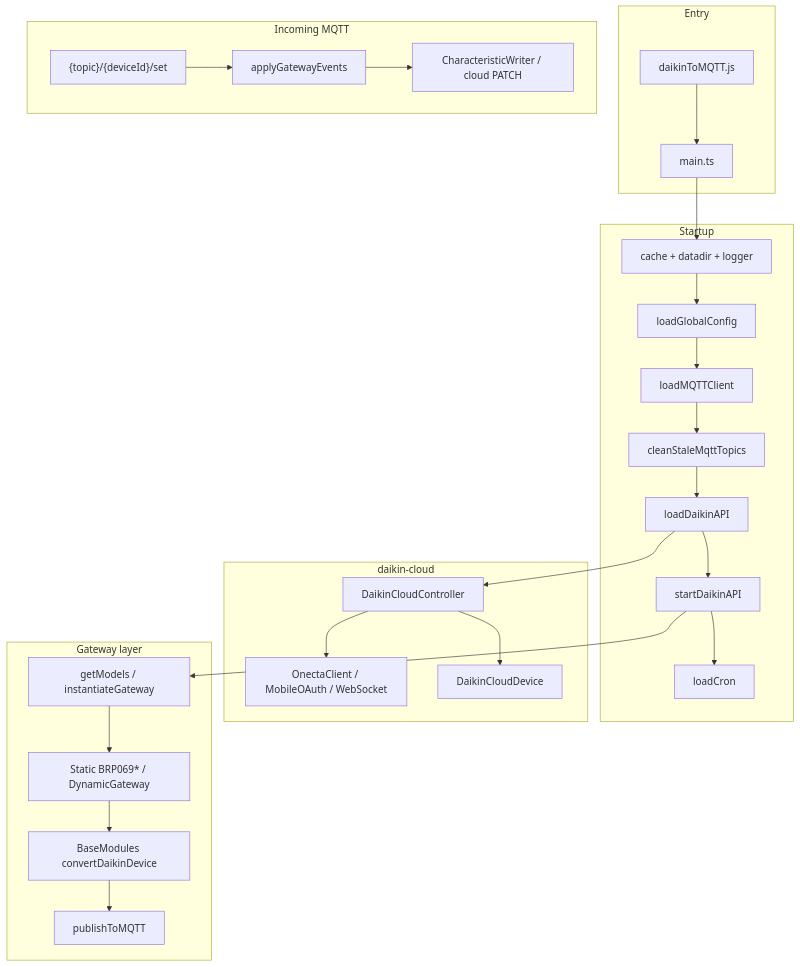
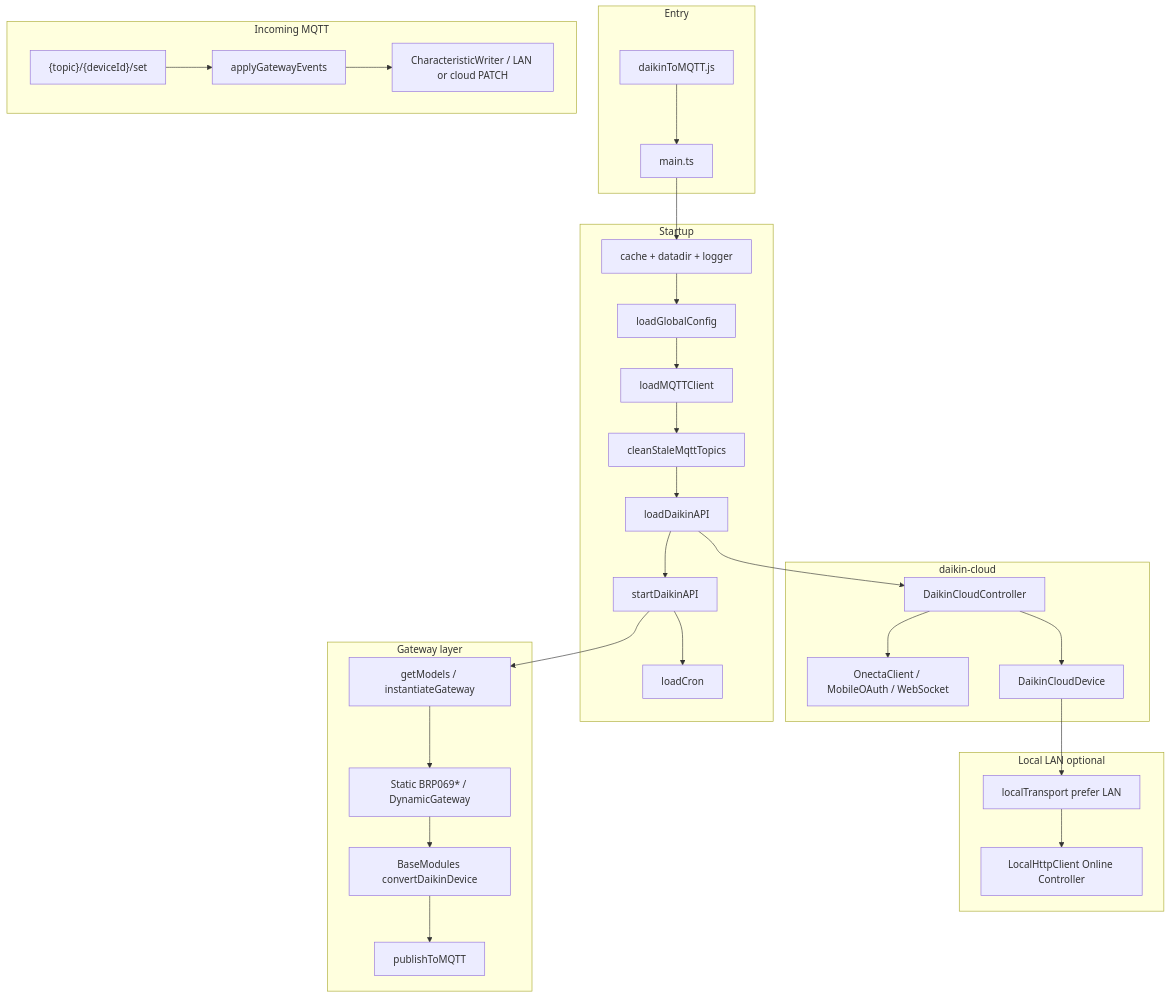
One commit to ThibautTrarbach/daikintomqtt changed the diagram in docs/architecture.md. Above: the diagram before and after it, drawn with Mermaid. The commit also changed other lines of this file and 20 other files, not shown here.

First line of the commit message:
feat: implement local LAN control for Daikin Online Controller modules

````diff
--- a/docs/architecture.md
+++ b/docs/architecture.md
@@ -7,30 +7,34 @@
 ```mermaid
 flowchart TB
   subgraph entry [Entry]
     A[daikinToMQTT.js] --> B[main.ts]
   end
   subgraph init [Startup]
     B --> C[cache + datadir + logger]
     C --> D[loadGlobalConfig]
     D --> E[loadMQTTClient]
     E --> F[cleanStaleMqttTopics]
     F --> G[loadDaikinAPI]
     G --> H[startDaikinAPI]
     H --> I[loadCron]
   end
   subgraph cloud [daikin-cloud]
     G --> J[DaikinCloudController]
     J --> K[OnectaClient / MobileOAuth / WebSocket]
     J --> L[DaikinCloudDevice]
   end
+  subgraph lan [Local LAN optional]
+    L --> LT[localTransport prefer LAN]
+    LT --> LH[LocalHttpClient Online Controller]
+  end
   subgraph gw [Gateway layer]
     H --> M[getModels / instantiateGateway]
     M --> N[Static BRP069* / DynamicGateway]
     N --> O[BaseModules convertDaikinDevice]
     O --> P[publishToMQTT]
   end
   subgraph cmd [Incoming MQTT]
     Q["{topic}/{deviceId}/set"] --> R[applyGatewayEvents]
-    R --> S[CharacteristicWriter / cloud PATCH]
+    R --> S[CharacteristicWriter / LAN or cloud PATCH]
   end
 ```
````
